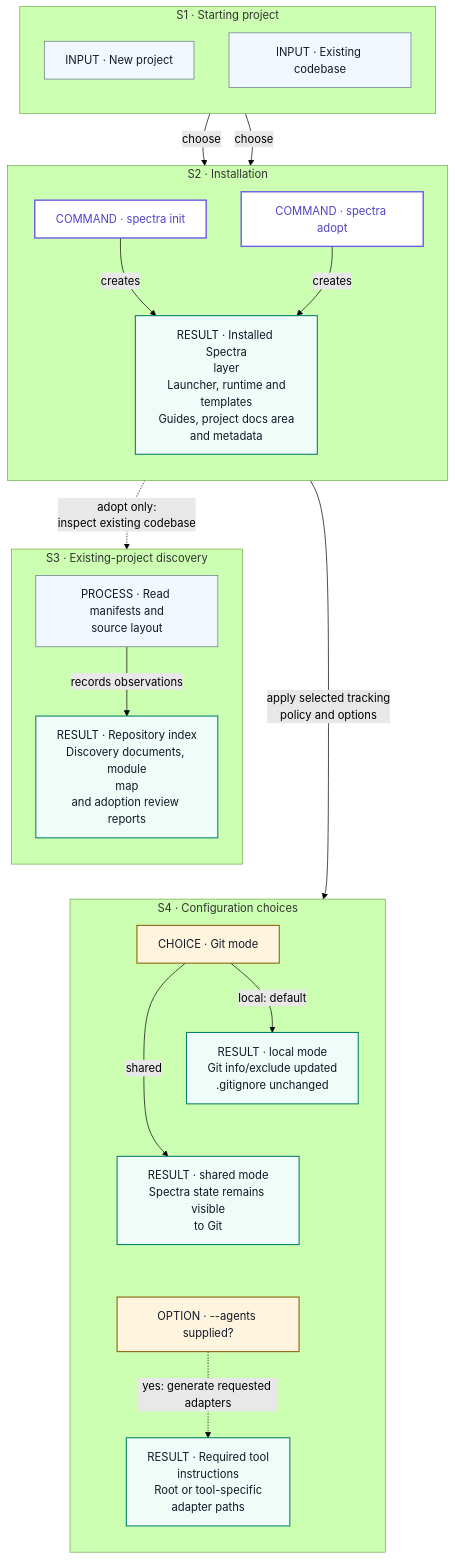
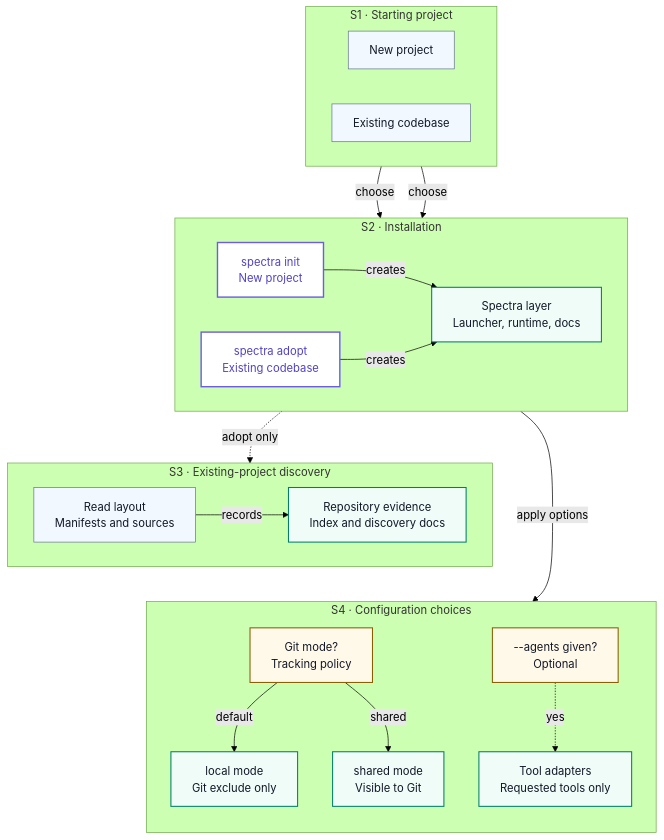
One commit to yunusakin/spectra changed the diagram in site/assets/diagrams/setup.mmd. Above: the diagram before and after it, drawn with Mermaid (forest theme). The commit also changed 14 other files, not shown here.

First line of the commit message:
docs(site): polish diagrams, simplify prose, align metadata (#60)

```diff
--- a/site/assets/diagrams/setup.mmd
+++ b/site/assets/diagrams/setup.mmd
@@ -1,49 +1,46 @@
 flowchart TB
   accTitle: Spectra setup: starting project, installation, discovery and configuration
   accDescr: Choose init for a new project or adopt for an existing codebase. Both install the Spectra layer; adopt additionally creates discovery evidence. Git mode changes tracking policy. Adapters are generated only when requested. Matching explanation groups S1 to S4 describe the paths and preservation rules.
   subgraph SETUP_START["S1 · Starting project"]
-    direction TB
-    NEW["INPUT · New project"]
-    EXISTING["INPUT · Existing codebase"]
+    direction LR
+    NEW["New project"]
+    EXISTING["Existing codebase"]
   end
   subgraph SETUP_INSTALL["S2 · Installation"]
-    direction TB
-    INIT["COMMAND · spectra init"]
-    ADOPT["COMMAND · spectra adopt"]
-    LAYER["RESULT · Installed Spectra<br/>layer<br/>Launcher, runtime and<br/>templates<br/>Guides, project docs area<br/>and metadata"]
+    direction LR
+    INIT["spectra init<br/>New project"]
+    ADOPT["spectra adopt<br/>Existing codebase"]
+    LAYER["Spectra layer<br/>Launcher, runtime, docs"]
     INIT -->|creates| LAYER
     ADOPT -->|creates| LAYER
   end
   NEW -->|choose| INIT
   EXISTING -->|choose| ADOPT
   subgraph SETUP_DISCOVERY["S3 · Existing-project discovery"]
-    direction TB
-    READ["PROCESS · Read manifests and<br/>source layout"]
-    EVIDENCE["RESULT · Repository index<br/>Discovery documents, module<br/>map<br/>and adoption review reports"]
-    READ -->|records observations| EVIDENCE
+    direction LR
+    READ["Read layout<br/>Manifests and sources"]
+    EVIDENCE["Repository evidence<br/>Index and discovery docs"]
+    READ -->|records| EVIDENCE
   end
-  ADOPT -.->|adopt only:<br/>inspect existing codebase| READ
+  ADOPT -.->|adopt only| READ
   subgraph SETUP_CHOICES["S4 · Configuration choices"]
     direction TB
-    GIT["CHOICE · Git mode"]
-    LOCAL["RESULT · local mode<br/>Git info/exclude updated<br/>.gitignore unchanged"]
-    SHARED["RESULT · shared mode<br/>Spectra state remains visible<br/>to Git"]
-    AGENTS["OPTION · --agents supplied?"]
-    ADAPTERS["RESULT · Required tool<br/>instructions<br/>Root or tool-specific<br/>adapter paths"]
-    GIT -->|local: default| LOCAL
+    GIT["Git mode?<br/>Tracking policy"]
+    LOCAL["local mode<br/>Git exclude only"]
+    SHARED["shared mode<br/>Visible to Git"]
+    AGENTS["--agents given?<br/>Optional"]
+    ADAPTERS["Tool adapters<br/>Requested tools only"]
+    GIT -->|default| LOCAL
     GIT -->|shared| SHARED
-    AGENTS -.->|yes: generate requested adapters| ADAPTERS
-    %% Layout only: local and shared are alternative outcomes.
-    LOCAL ~~~ SHARED
-    SHARED ~~~ AGENTS
+    AGENTS -.->|yes| ADAPTERS
   end
-  LAYER -->|apply selected tracking<br/>policy and options| GIT
+  LAYER -->|apply options| GIT
   SETUP_DISCOVERY ~~~ SETUP_CHOICES
   classDef command fill:#ffffff,stroke:#6c5ce7,color:#5143c6,stroke-width:2px;
   classDef result fill:#effcf8,stroke:#007f68,color:#121827,stroke-width:1.5px;
-  classDef condition fill:#fff5df,stroke:#8a5d00,color:#121827,stroke-width:1.5px;
+  classDef condition fill:#fff9ea,stroke:#8a5d00,color:#121827,stroke-width:1.5px;
   classDef neutral fill:#f2f8ff,stroke:#64748b,color:#121827;
   class INIT,ADOPT command;
   class LAYER,EVIDENCE,LOCAL,SHARED,ADAPTERS result;
   class GIT,AGENTS condition;
   class NEW,EXISTING,READ neutral;
```
